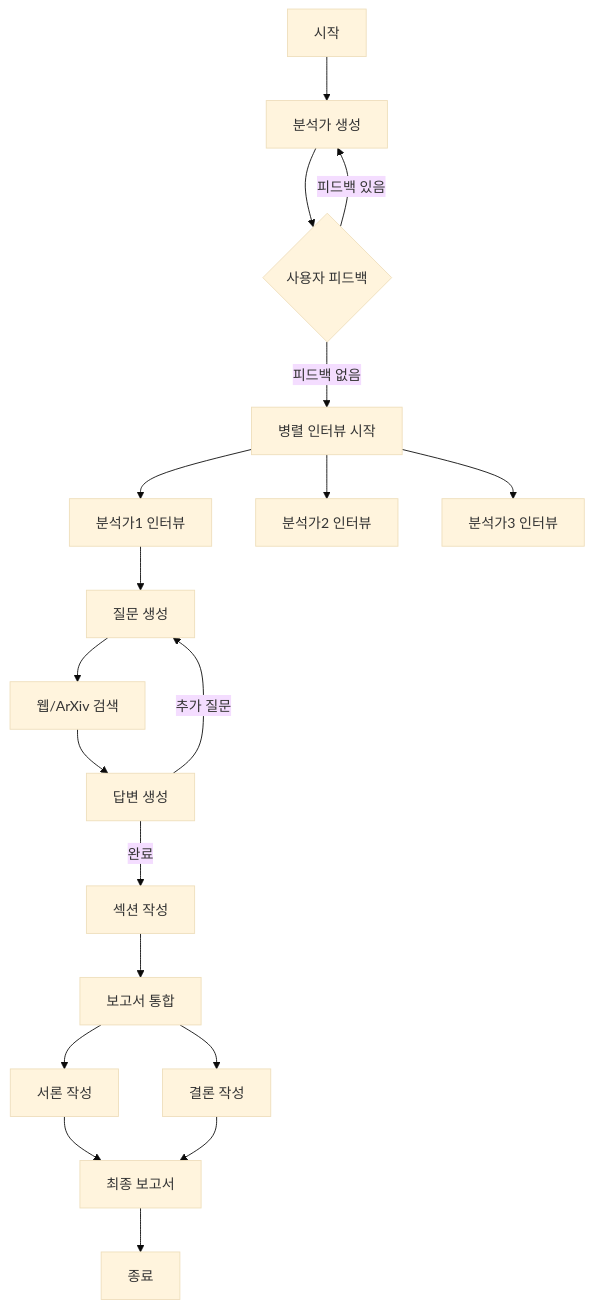
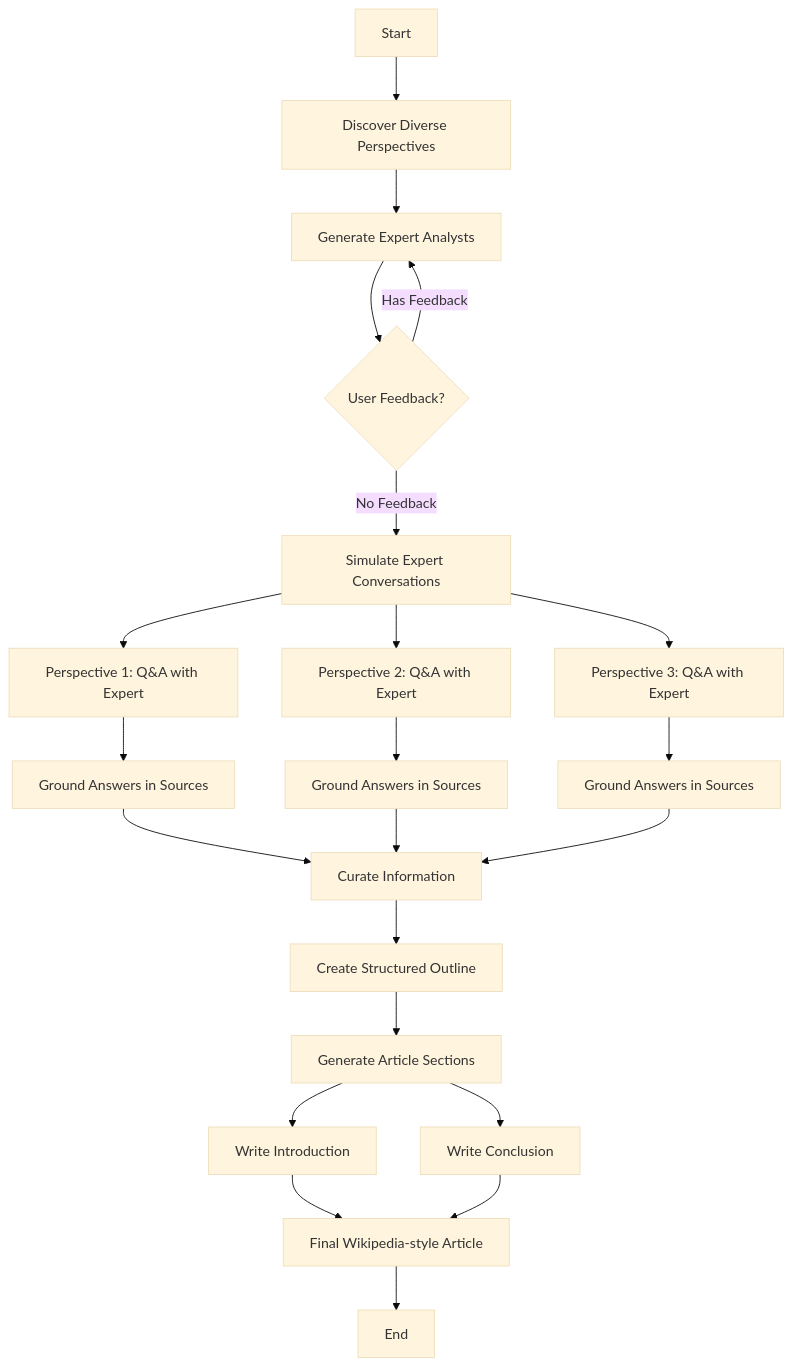
One commit to teddynote-lab/STORM-Research-Assistant changed the diagram in README.md. Above: the diagram before and after it, drawn with Mermaid (base theme). The commit also changed other lines of this file and 9 other files, not shown here.

````diff
--- a/README.md
+++ b/README.md
@@ -35,21 +44,24 @@
 ```mermaid
 graph TD
-    A[시작] --> B[분석가 생성]
-    B --> C{사용자 피드백}
-    C -->|피드백 있음| B
-    C -->|피드백 없음| D[병렬 인터뷰 시작]
-    D --> E1[분석가1 인터뷰]
-    D --> E2[분석가2 인터뷰]
-    D --> E3[분석가3 인터뷰]
-    E1 --> F1[질문 생성]
-    F1 --> G1[웹/ArXiv 검색]
-    G1 --> H1[답변 생성]
-    H1 -->|추가 질문| F1
-    H1 -->|완료| I1[섹션 작성]
-    I1 --> J[보고서 통합]
-    J --> K[서론 작성]
-    J --> L[결론 작성]
-    K --> M[최종 보고서]
+    A[Start] --> B[Discover Diverse Perspectives]
+    B --> C[Generate Expert Analysts]
+    C --> D{User Feedback?}
+    D -->|Has Feedback| C
+    D -->|No Feedback| E[Simulate Expert Conversations]
+    E --> F1[Perspective 1: Q&A with Expert]
+    E --> F2[Perspective 2: Q&A with Expert]
+    E --> F3[Perspective 3: Q&A with Expert]
+    F1 --> G1[Ground Answers in Sources]
+    F2 --> G2[Ground Answers in Sources]
+    F3 --> G3[Ground Answers in Sources]
+    G1 --> H[Curate Information]
+    G2 --> H
+    G3 --> H
+    H --> I[Create Structured Outline]
+    I --> J[Generate Article Sections]
+    J --> K[Write Introduction]
+    J --> L[Write Conclusion]
+    K --> M[Final Wikipedia-style Article]
     L --> M
-    M --> N[종료]
+    M --> N[End]
 ```
````
